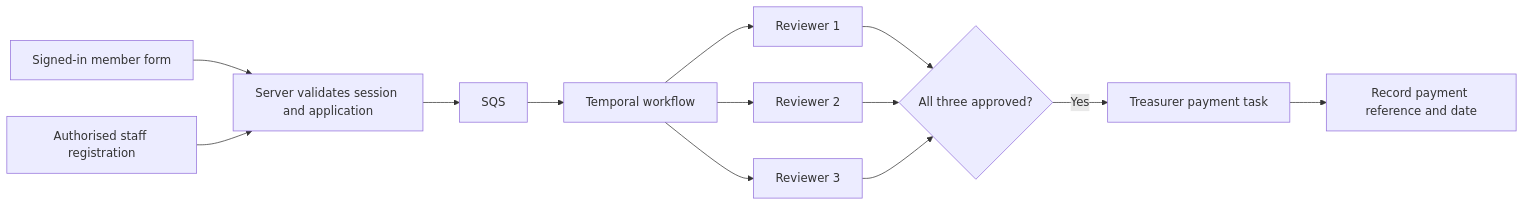
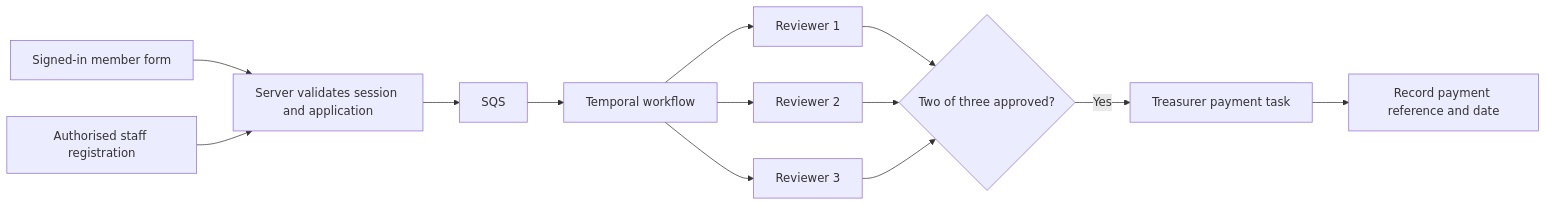
The diagram in docs/training-fund.md (LBDistrictScouts/DistrictWorkflow), drawn with Mermaid before and after one commit. The commit also changed other lines of this file and 309 other files, not shown here.

````diff
--- a/docs/training-fund.md
+++ b/docs/training-fund.md
@@ -8,15 +15,15 @@
 ```mermaid
 flowchart LR
   M[Signed-in member form] --> P[Server validates session and application]
   S[Authorised staff registration] --> P
   P --> Q[SQS]
   Q --> W[Temporal workflow]
   W --> A[Reviewer 1]
   W --> B[Reviewer 2]
   W --> C[Reviewer 3]
-  A --> ALL{All three approved?}
+  A --> ALL{Two of three approved?}
   B --> ALL
   C --> ALL
   ALL -->|Yes| T[Treasurer payment task]
   T --> R[Record payment reference and date]
 ```
````
